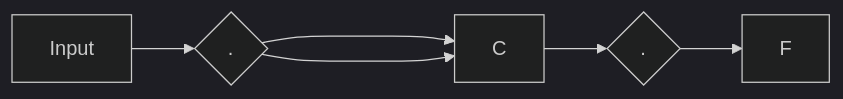
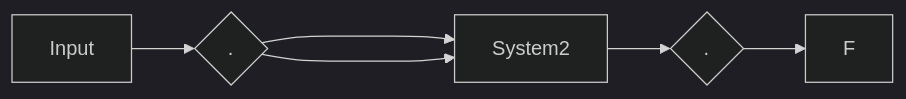
Before and after one commit to setrar/dsp: the fourth of 4 diagrams in signal-processing/kutz/5/README.md, drawn with Mermaid (dark theme).

````diff
--- a/signal-processing/kutz/5/README.md
+++ b/signal-processing/kutz/5/README.md
@@ -68,8 +68,8 @@
 ```mermaid
 flowchart LR
     A[Input] --> B{.}
-    B --> C
-    B ----> C
+    B --> C[System1]
+    B ----> C[System2]
     C --> E{.}
     E --> F
 ```
````
